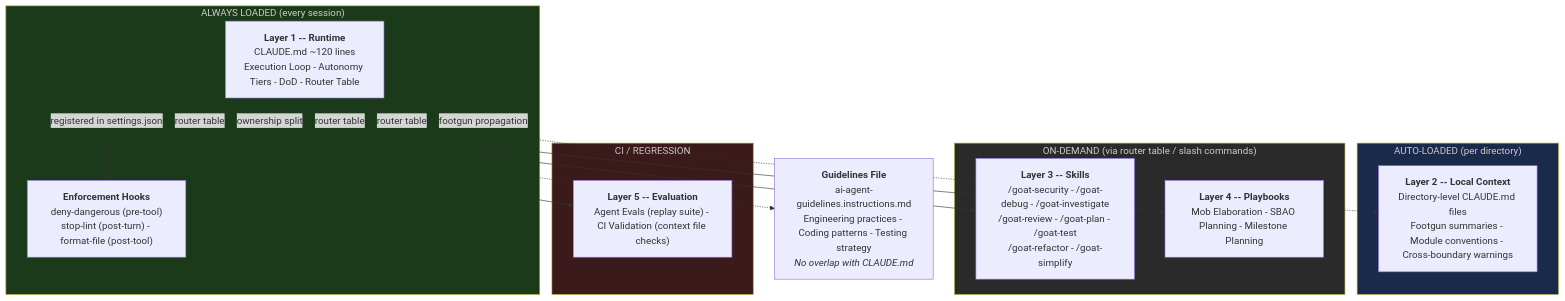
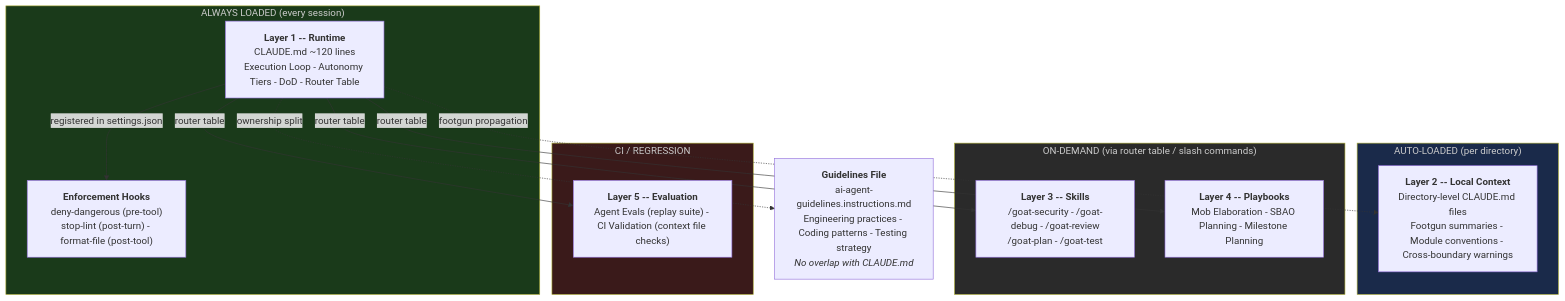
Before and after one commit to blundergoat/goat-flow: the first of 2 diagrams in docs/reference/design-rationale.md, drawn with Mermaid. The commit also changed other lines of this file and 91 other files, not shown here.

````diff
--- a/docs/reference/design-rationale.md
+++ b/docs/reference/design-rationale.md
@@ -30,34 +30,34 @@
 ```mermaid
 flowchart TB
     subgraph ALWAYS["ALWAYS LOADED (every session)"]
         L1["<b>Layer 1 -- Runtime</b><br/>CLAUDE.md ~120 lines<br/>Execution Loop - Autonomy Tiers - DoD - Router Table"]
         HOOKS["<b>Enforcement Hooks</b><br/>deny-dangerous (pre-tool)<br/>stop-lint (post-turn) - format-file (post-tool)"]
     end
 
     subgraph AUTO["AUTO-LOADED (per directory)"]
         L2["<b>Layer 2 -- Local Context</b><br/>Directory-level CLAUDE.md files<br/>Footgun summaries - Module conventions - Cross-boundary warnings"]
     end
 
     subgraph DEMAND["ON-DEMAND (via router table / slash commands)"]
-        L3["<b>Layer 3 -- Skills</b><br/>/goat-security - /goat-debug - /goat-investigate<br/>/goat-review - /goat-plan - /goat-test<br/>/goat-refactor - /goat-simplify"]
+        L3["<b>Layer 3 -- Skills</b><br/>/goat-security - /goat-debug - /goat-review<br/>/goat-plan - /goat-test"]
         L4["<b>Layer 4 -- Playbooks</b><br/>Mob Elaboration - SBAO Planning - Milestone Planning"]
     end
 
     subgraph CICD["CI / REGRESSION"]
         L5["<b>Layer 5 -- Evaluation</b><br/>Agent Evals (replay suite) - CI Validation (context file checks)"]
     end
 
     GUIDE["<b>Guidelines File</b><br/>ai-agent-guidelines.instructions.md<br/>Engineering practices - Coding patterns - Testing strategy<br/><i>No overlap with CLAUDE.md</i>"]
 
     L1 -- "router table" --> L3
     L1 -- "router table" --> L4
     L1 -- "router table" --> L5
     L1 -. "footgun propagation" .-> L2
     L1 -- "registered in settings.json" --> HOOKS
     L1 -. "ownership split" .-> GUIDE
 
     style ALWAYS fill:#1a3a1a,color:#ccc
     style AUTO fill:#1a2a4a,color:#ccc
     style DEMAND fill:#2a2a2a,color:#ccc
     style CICD fill:#3a1a1a,color:#ccc
 ```
````
